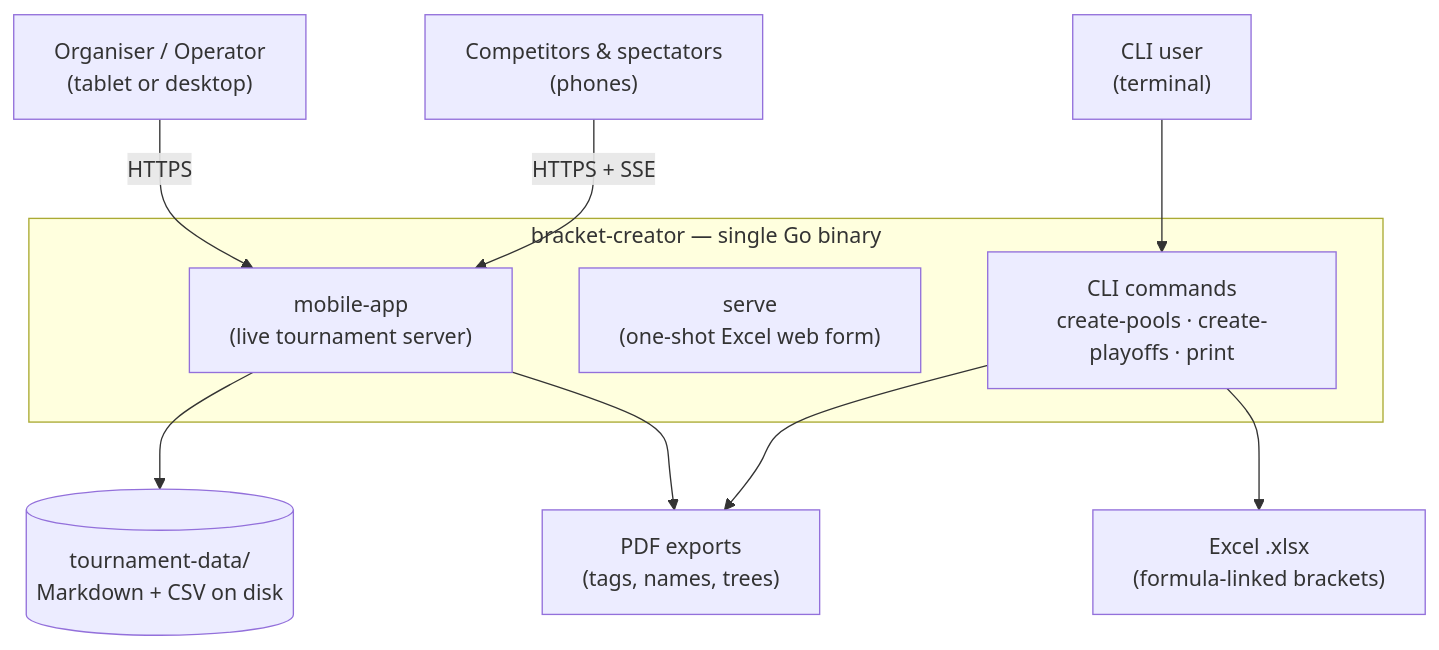
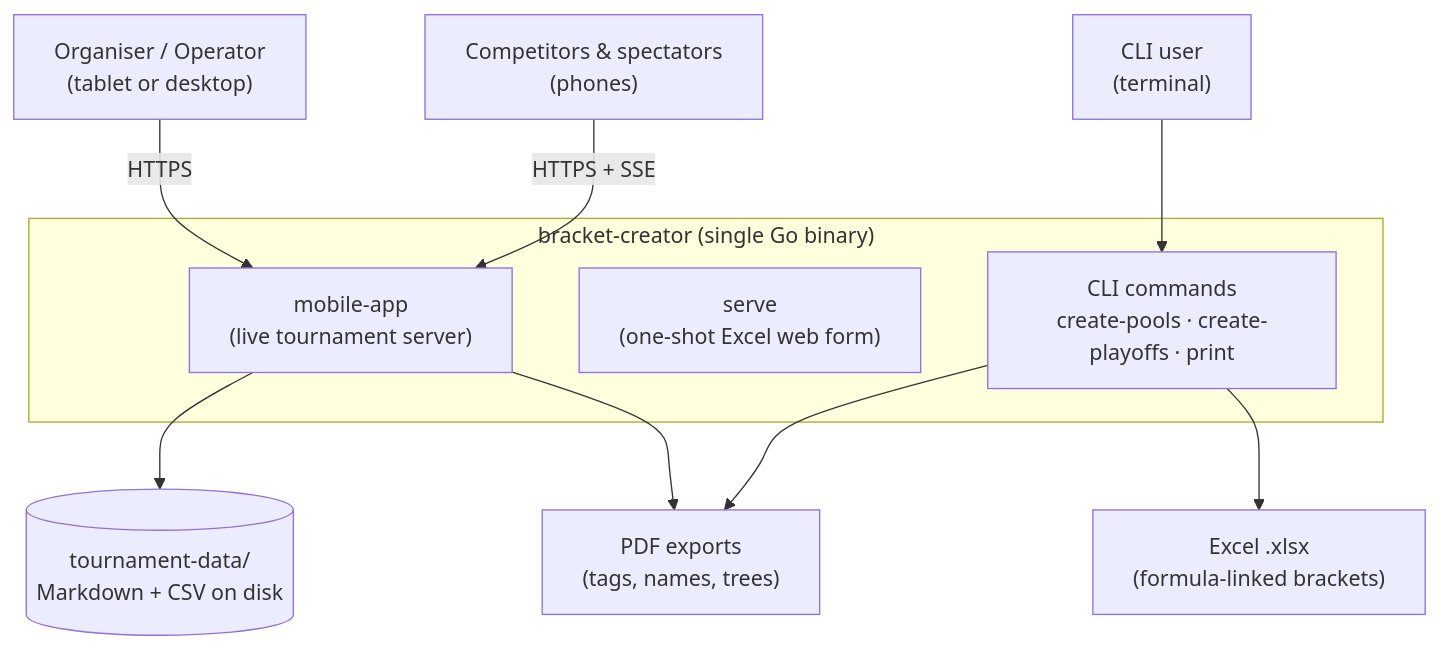
The first of 7 diagrams in docs/architecture/software-architecture.md (gitrgoliveira/bracket-creator), drawn with Mermaid before and after one commit. The commit also changed other lines of this file and 18 other files, not shown here.

````diff
--- a/docs/architecture/software-architecture.md
+++ b/docs/architecture/software-architecture.md
@@ -11,23 +11,23 @@
 ```mermaid
 flowchart TB
     operator["Organiser / Operator<br/>(tablet or desktop)"]
     viewer["Competitors & spectators<br/>(phones)"]
     cli["CLI user<br/>(terminal)"]
 
-    subgraph bin["bracket-creator — single Go binary"]
+    subgraph bin["bracket-creator (single Go binary)"]
         cliCmds["CLI commands<br/>create-pools · create-playoffs · print"]
         serveCmd["serve<br/>(one-shot Excel web form)"]
         mobile["mobile-app<br/>(live tournament server)"]
     end
 
     excel["Excel .xlsx<br/>(formula-linked brackets)"]
     pdfs["PDF exports<br/>(tags, names, trees)"]
     state[("tournament-data/<br/>Markdown + CSV on disk")]
 
     cli --> cliCmds --> excel
     operator -->|HTTPS| mobile
     viewer -->|HTTPS + SSE| mobile
     mobile --> state
     mobile --> pdfs
     cliCmds --> pdfs
 ```
````
